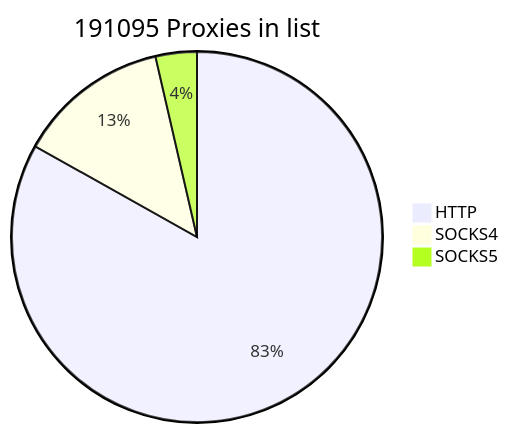
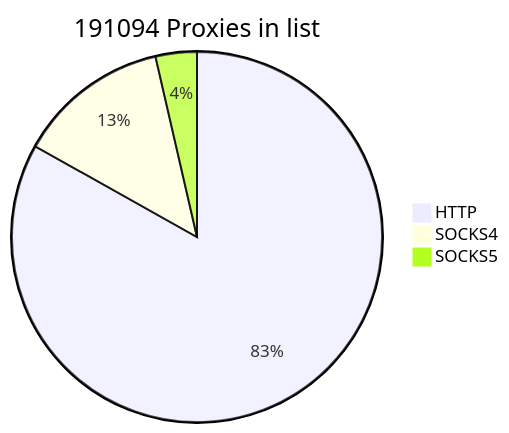
The first of 2 diagrams in README.md (cutipu/proxylist), drawn with Mermaid before and after one commit. The commit also changed other lines of this file, not shown here.

````diff
--- a/README.md
+++ b/README.md
@@ -2,7 +2,7 @@
 ```mermaid
-pie title 191095 Proxies in list
+pie title 191094 Proxies in list
     "HTTP" : 158860
     "SOCKS4" : 25350
-    "SOCKS5" : 6885
+    "SOCKS5" : 6884
             
 ```
````
